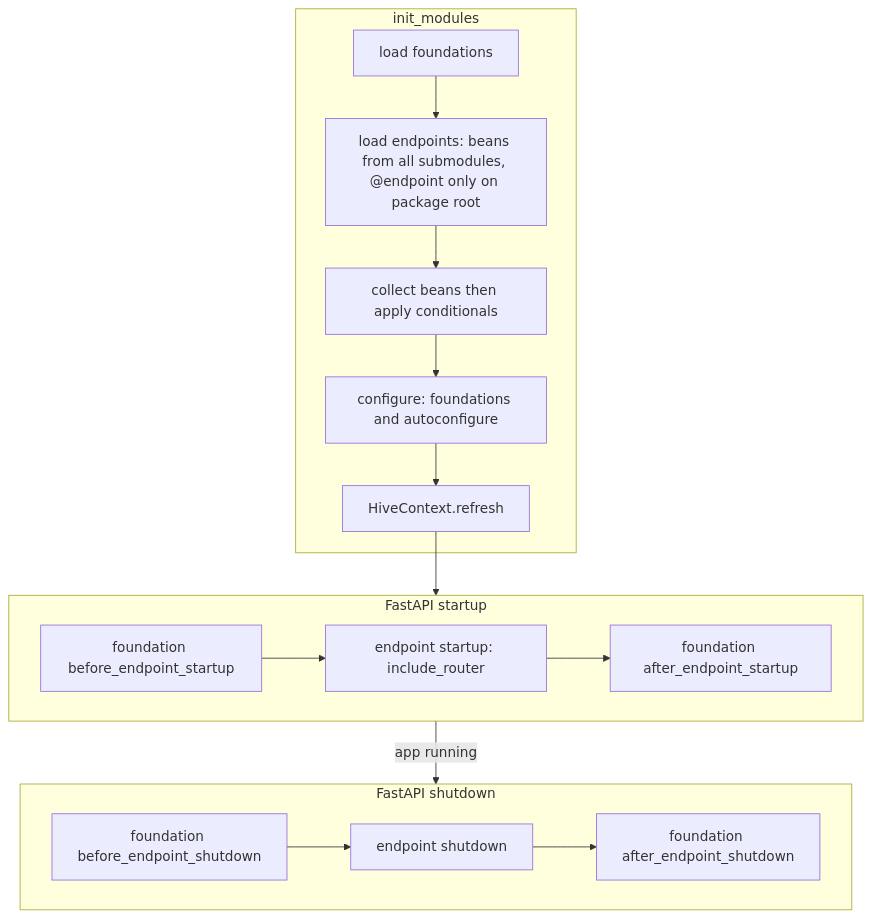
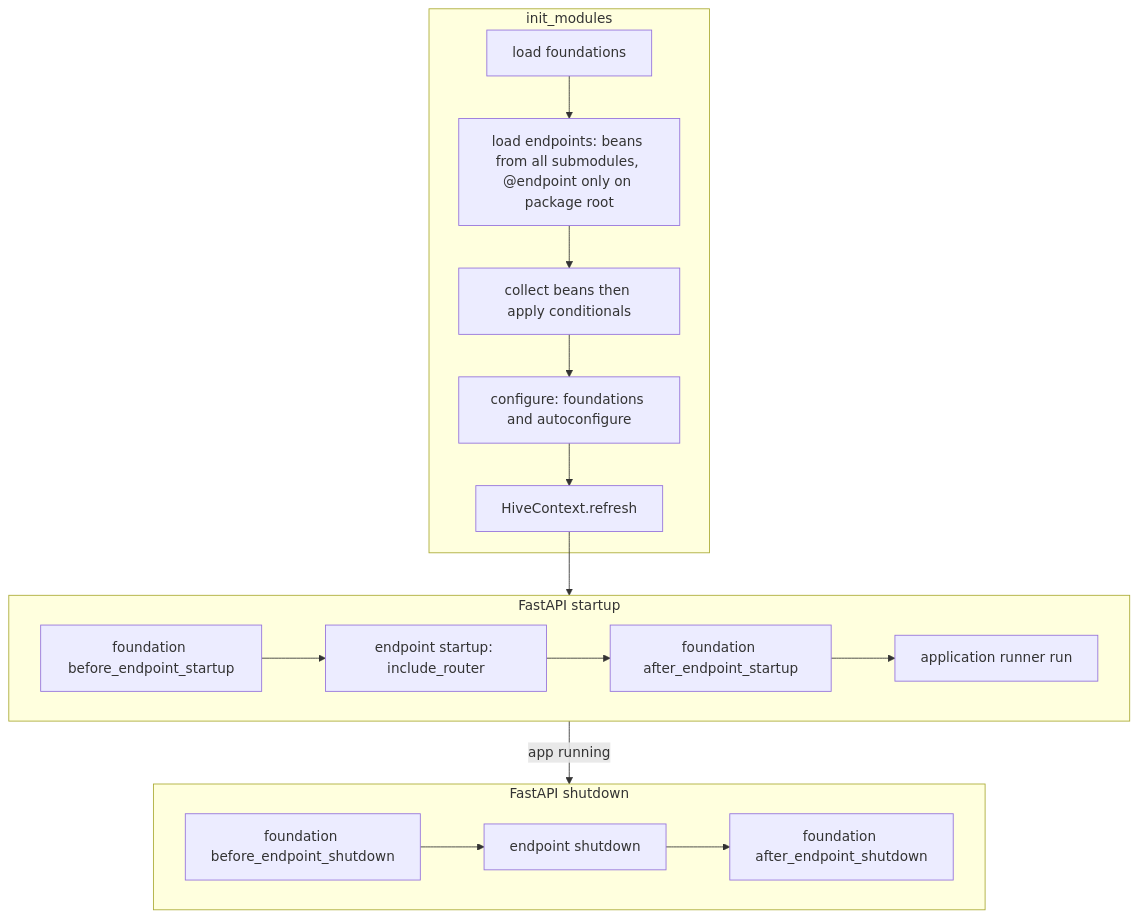
One commit to fanqingsong/fastapi-hive changed the diagram in docs/design.md. Above: the diagram before and after it, drawn with Mermaid. The commit also changed other lines of this file and 16 other files, not shown here.

First line of the commit message:
Add application-level @runner callbacks after module startup.

````diff
--- a/docs/design.md
+++ b/docs/design.md
@@ -71,28 +72,29 @@
 ```mermaid
 flowchart TD
   subgraph bootstrap [init_modules]
     loadCS[load foundations]
     loadEP["load endpoints: beans from all submodules, @endpoint only on package root"]
     beans[collect beans then apply conditionals]
     configure["configure: foundations and autoconfigure"]
     refresh[HiveContext.refresh]
     loadCS --> loadEP --> beans --> configure --> refresh
   end
 
   subgraph startupEvent [FastAPI startup]
     beforeStart[foundation before_endpoint_startup]
     epStart["endpoint startup: include_router"]
     afterStart[foundation after_endpoint_startup]
-    beforeStart --> epStart --> afterStart
+    runners[application runner run]
+    beforeStart --> epStart --> afterStart --> runners
   end
 
   subgraph shutdownEvent [FastAPI shutdown]
     beforeStop[foundation before_endpoint_shutdown]
     epStop[endpoint shutdown]
     afterStop[foundation after_endpoint_shutdown]
     beforeStop --> epStop --> afterStop
   end
 
   refresh --> startupEvent
   startupEvent -->|"app running"| shutdownEvent
 ```
````
